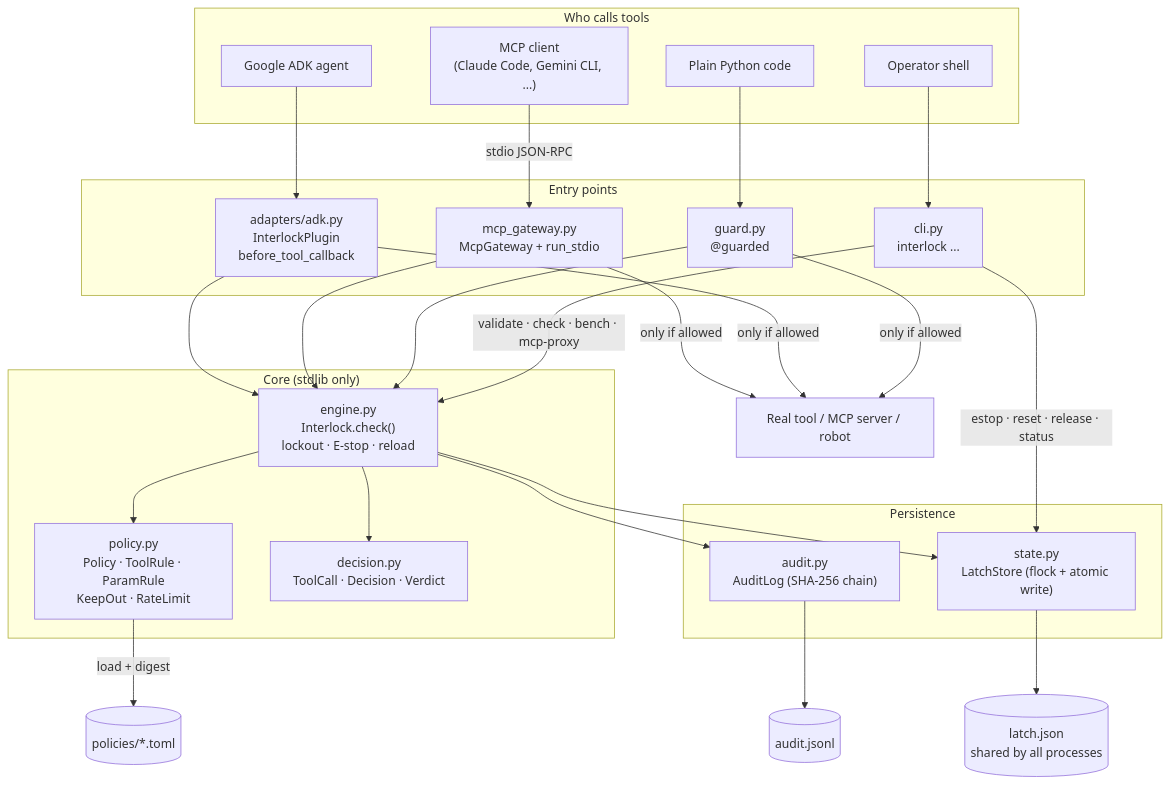
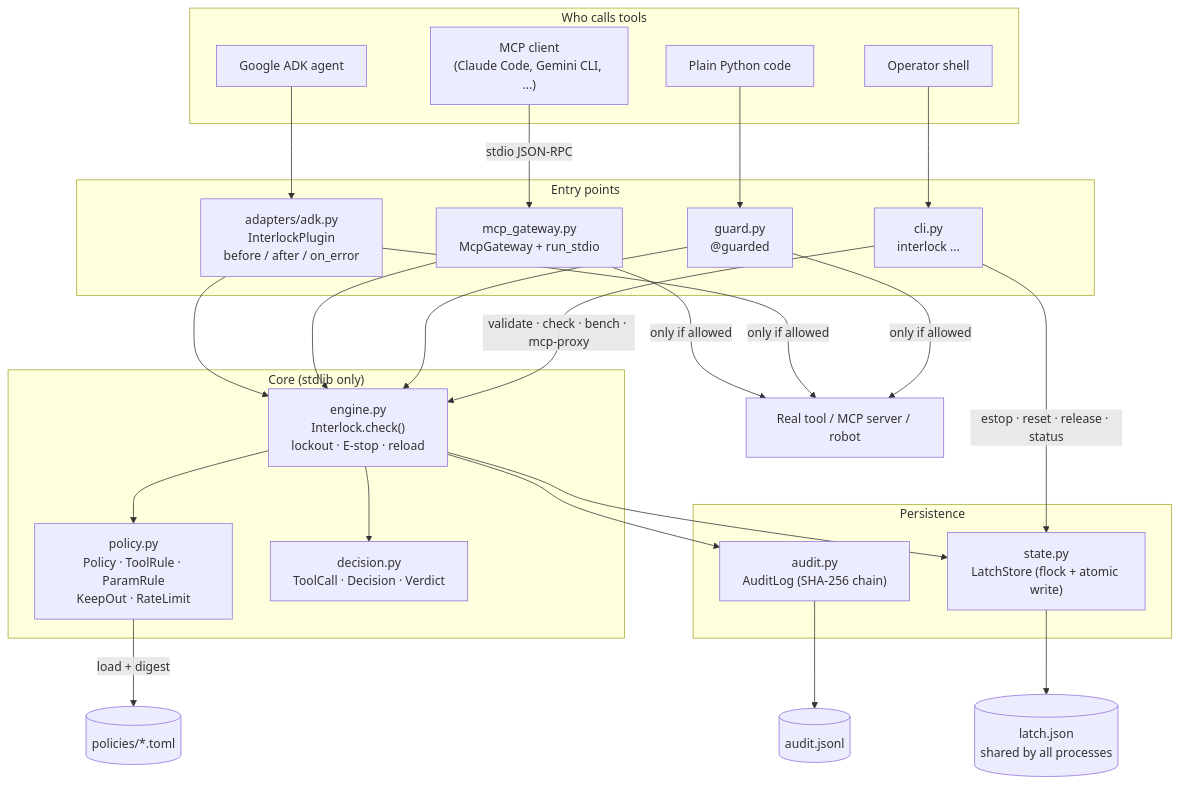
Before and after one commit to McMDMC/Agent-interlock: the first of 3 diagrams in docs/architecture.md, drawn with Mermaid. The commit also changed other lines of this file and 9 other files, not shown here.

First line of the commit message:
ADK plugin: trips on tool results and E-stop on actuator faults

````diff
--- a/docs/architecture.md
+++ b/docs/architecture.md
@@ -9,55 +9,55 @@
 ```mermaid
 flowchart TB
     subgraph clients["Who calls tools"]
         ADKAgent["Google ADK agent"]
         MCPClient["MCP client<br/>(Claude Code, Gemini CLI, ...)"]
         PyCode["Plain Python code"]
         Operator["Operator shell"]
     end
 
     subgraph entry["Entry points"]
-        adk["adapters/adk.py<br/>InterlockPlugin<br/>before_tool_callback"]
+        adk["adapters/adk.py<br/>InterlockPlugin<br/>before / after / on_error"]
         gw["mcp_gateway.py<br/>McpGateway + run_stdio"]
         guard["guard.py<br/>@guarded"]
         cli["cli.py<br/>interlock ..."]
     end
 
     subgraph core["Core (stdlib only)"]
         engine["engine.py<br/>Interlock.check()<br/>lockout · E-stop · reload"]
         policy["policy.py<br/>Policy · ToolRule · ParamRule<br/>KeepOut · RateLimit"]
         decision["decision.py<br/>ToolCall · Decision · Verdict"]
     end
 
     subgraph persist["Persistence"]
         audit["audit.py<br/>AuditLog (SHA-256 chain)"]
         state["state.py<br/>LatchStore (flock + atomic write)"]
     end
 
     toml[("policies/*.toml")]
     auditfile[("audit.jsonl")]
     latch[("latch.json<br/>shared by all processes")]
     server["Real tool / MCP server / robot"]
 
     ADKAgent --> adk
     MCPClient -->|stdio JSON-RPC| gw
     PyCode --> guard
     Operator --> cli
 
     adk --> engine
     gw --> engine
     guard --> engine
     cli -->|validate · check · bench · mcp-proxy| engine
     cli -->|estop · reset · release · status| state
 
     engine --> policy
     engine --> decision
     engine --> audit
     engine --> state
     policy -->|load + digest| toml
     audit --> auditfile
     state --> latch
 
     gw -->|only if allowed| server
     adk -->|only if allowed| server
     guard -->|only if allowed| server
 ```
````
